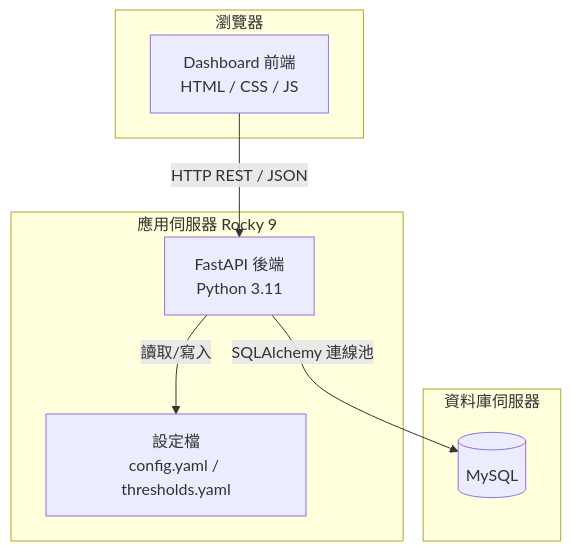
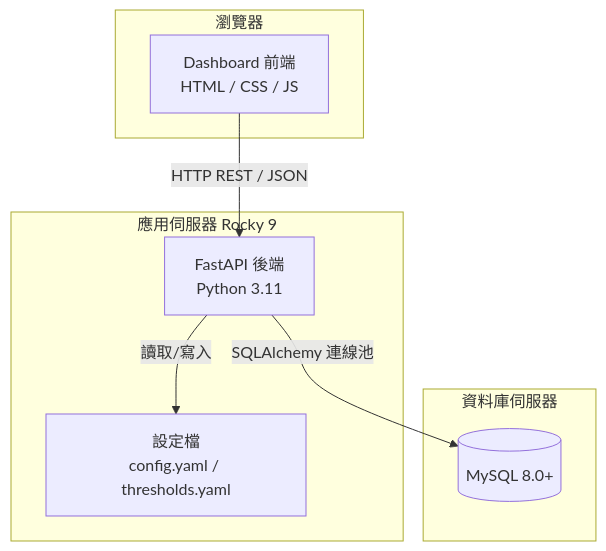
One commit to Hochin-cwa/radar-monitoring-platform changed the first of 2 diagrams in .kiro/specs/radar-monitoring-platform/design.md. Above: the diagram before and after it, drawn with Mermaid. The commit also changed other lines of this file and 14 other files, not shown here.

````diff
--- a/.kiro/specs/radar-monitoring-platform/design.md
+++ b/.kiro/specs/radar-monitoring-platform/design.md
@@ -13,19 +22,19 @@
 ```mermaid
 graph TB
     subgraph 瀏覽器
         UI[Dashboard 前端<br/>HTML / CSS / JS]
     end
 
     subgraph 應用伺服器 Rocky 9
         API[FastAPI 後端<br/>Python 3.11]
         CFG[設定檔<br/>config.yaml / thresholds.yaml]
     end
 
     subgraph 資料庫伺服器
-        DB[(MySQL)]
+        DB[(MySQL 8.0+)]
     end
 
     UI -- HTTP REST / JSON --> API
     API -- SQLAlchemy 連線池 --> DB
     API -- 讀取/寫入 --> CFG
 ```
````
